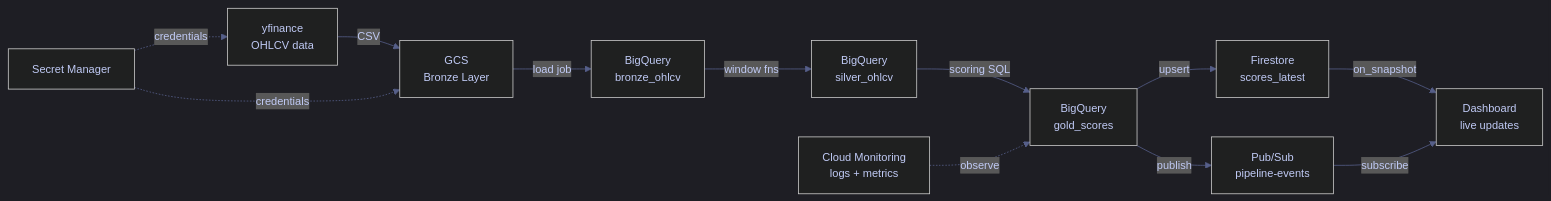
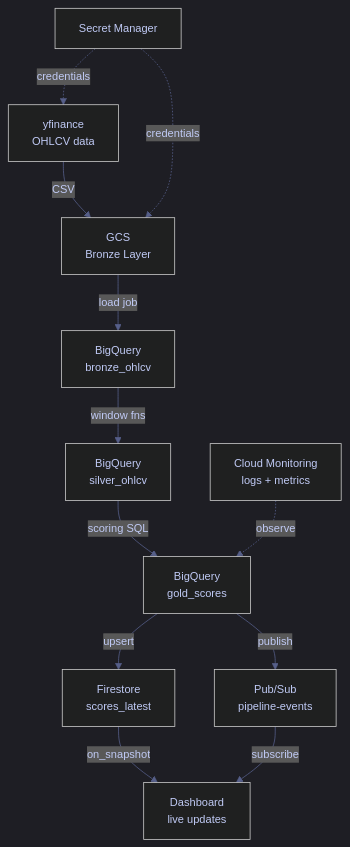
One commit to alp78/elysium changed the diagram in content/02-Programming-Languages/Python/17_py_gcp.md. Above: the diagram before and after it, drawn with Mermaid. The commit also changed 92 other files, not shown here.

````diff
--- a/content/02-Programming-Languages/Python/17_py_gcp.md
+++ b/content/02-Programming-Languages/Python/17_py_gcp.md
@@ -23,26 +23,26 @@
 ```mermaid
 %%{init: {'theme': 'dark', 'themeVariables': {
   'primaryColor': '#292e42',
   'primaryTextColor': '#c0caf5',
   'primaryBorderColor': '#565f89',
   'lineColor': '#565f89',
   'secondaryColor': '#1a1b26',
   'tertiaryColor': '#24283b',
   'noteTextColor': '#c0caf5',
   'noteBkgColor': '#292e42',
   'textColor': '#c0caf5',
   'fontSize': '14px'
 }}}%%
-flowchart LR
-    SRC[yfinance\nOHLCV data] -->|CSV| GCS[GCS\nBronze Layer]
-    GCS -->|load job| BQ_B[BigQuery\nbronze_ohlcv]
-    BQ_B -->|window fns| BQ_S[BigQuery\nsilver_ohlcv]
-    BQ_S -->|scoring SQL| BQ_G[BigQuery\ngold_scores]
-    BQ_G -->|upsert| FS[Firestore\nscores_latest]
-    BQ_G -->|publish| PS[Pub/Sub\npipeline-events]
-    FS -->|on_snapshot| DASH[Dashboard\nlive updates]
-    PS -->|subscribe| DASH
-    SM[Secret Manager] -.->|credentials| SRC
-    SM -.->|credentials| GCS
-    MON[Cloud Monitoring\nlogs + metrics] -.->|observe| BQ_G
+flowchart TD
+    SRC["yfinance<br/>OHLCV data"] -->|"CSV"| GCS["GCS<br/>Bronze Layer"]
+    GCS -->|"load job"| BQ_B["BigQuery<br/>bronze_ohlcv"]
+    BQ_B -->|"window fns"| BQ_S["BigQuery<br/>silver_ohlcv"]
+    BQ_S -->|"scoring SQL"| BQ_G["BigQuery<br/>gold_scores"]
+    BQ_G -->|"upsert"| FS["Firestore<br/>scores_latest"]
+    BQ_G -->|"publish"| PS["Pub/Sub<br/>pipeline-events"]
+    FS -->|"on_snapshot"| DASH["Dashboard<br/>live updates"]
+    PS -->|"subscribe"| DASH
+    SM["Secret Manager"] -.->|"credentials"| SRC
+    SM -.->|"credentials"| GCS
+    MON["Cloud Monitoring<br/>logs + metrics"] -.->|"observe"| BQ_G
 ```
````
